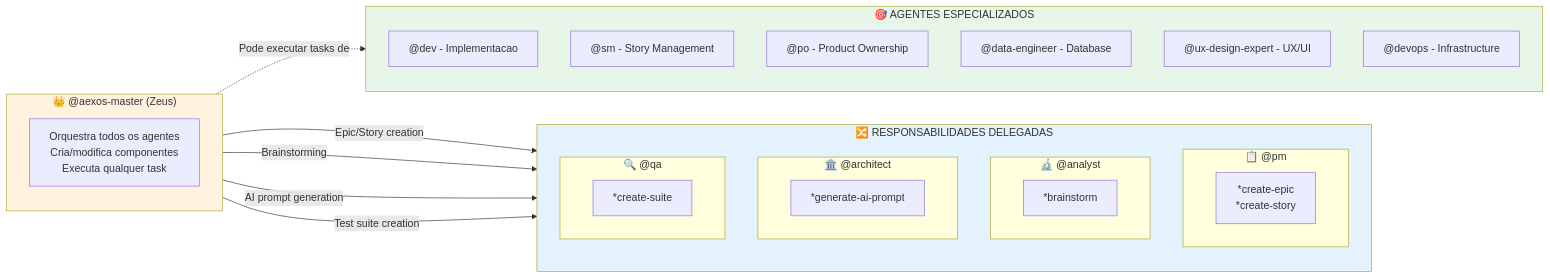
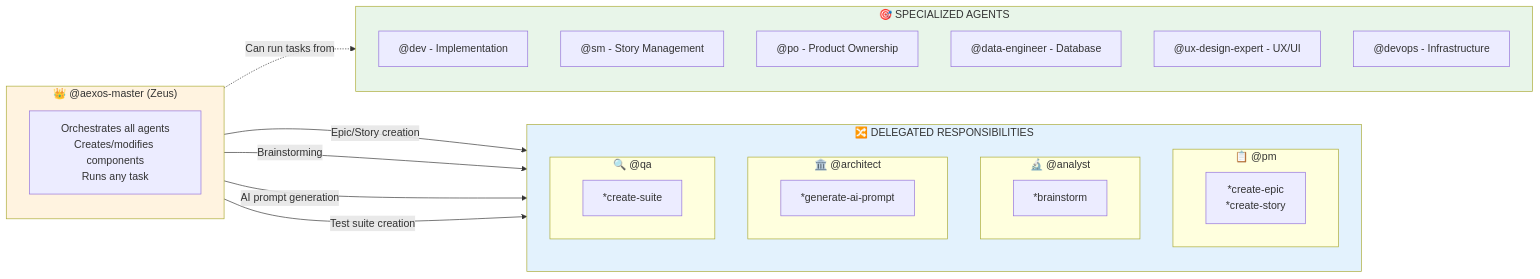
One commit to CyryxLabs/AEXOS changed the third of 3 diagrams in docs/aexos-agent-flows/aexos-master-system.md. Above: the diagram before and after it, drawn with Mermaid. The commit also changed other lines of this file and 528 other files, not shown here.

````diff
--- a/docs/aexos-agent-flows/aexos-master-system.md
+++ b/docs/aexos-agent-flows/aexos-master-system.md
@@ -323,46 +323,46 @@
 ```mermaid
 flowchart LR
     subgraph MASTER["👑 @aexos-master (Zeus)"]
-        MASTER_DESC["Orquestra todos os agentes<br/>Cria/modifica componentes<br/>Executa qualquer task"]
+        MASTER_DESC["Orchestrates all agents<br/>Creates/modifies components<br/>Runs any task"]
     end
 
-    subgraph DELEGATED["🔀 RESPONSABILIDADES DELEGADAS"]
+    subgraph DELEGATED["🔀 DELEGATED RESPONSIBILITIES"]
         direction TB
 
         subgraph PM_BOX["📋 @pm"]
             PM_DESC["*create-epic<br/>*create-story"]
         end
 
         subgraph ANALYST_BOX["🔬 @analyst"]
             ANALYST_DESC["*brainstorm"]
         end
 
         subgraph ARCHITECT_BOX["🏛️ @architect"]
             ARCHITECT_DESC["*generate-ai-prompt"]
         end
 
         subgraph QA_BOX["🔍 @qa"]
             QA_DESC["*create-suite"]
         end
     end
 
     MASTER -->|"Epic/Story creation"| PM_BOX
     MASTER -->|"Brainstorming"| ANALYST_BOX
     MASTER -->|"AI prompt generation"| ARCHITECT_BOX
     MASTER -->|"Test suite creation"| QA_BOX
 
-    subgraph SPECIALIZED["🎯 AGENTES ESPECIALIZADOS"]
-        DEV["@dev - Implementacao"]
+    subgraph SPECIALIZED["🎯 SPECIALIZED AGENTS"]
+        DEV["@dev - Implementation"]
         SM["@sm - Story Management"]
         PO["@po - Product Ownership"]
         DATA["@data-engineer - Database"]
         UX["@ux-design-expert - UX/UI"]
         DEVOPS["@devops - Infrastructure"]
     end
 
-    MASTER -.->|"Pode executar tasks de"| SPECIALIZED
+    MASTER -.->|"Can run tasks from"| SPECIALIZED
 
     style MASTER fill:#fff3e0
     style DELEGATED fill:#e3f2fd
     style SPECIALIZED fill:#e8f5e9
 ```
````
